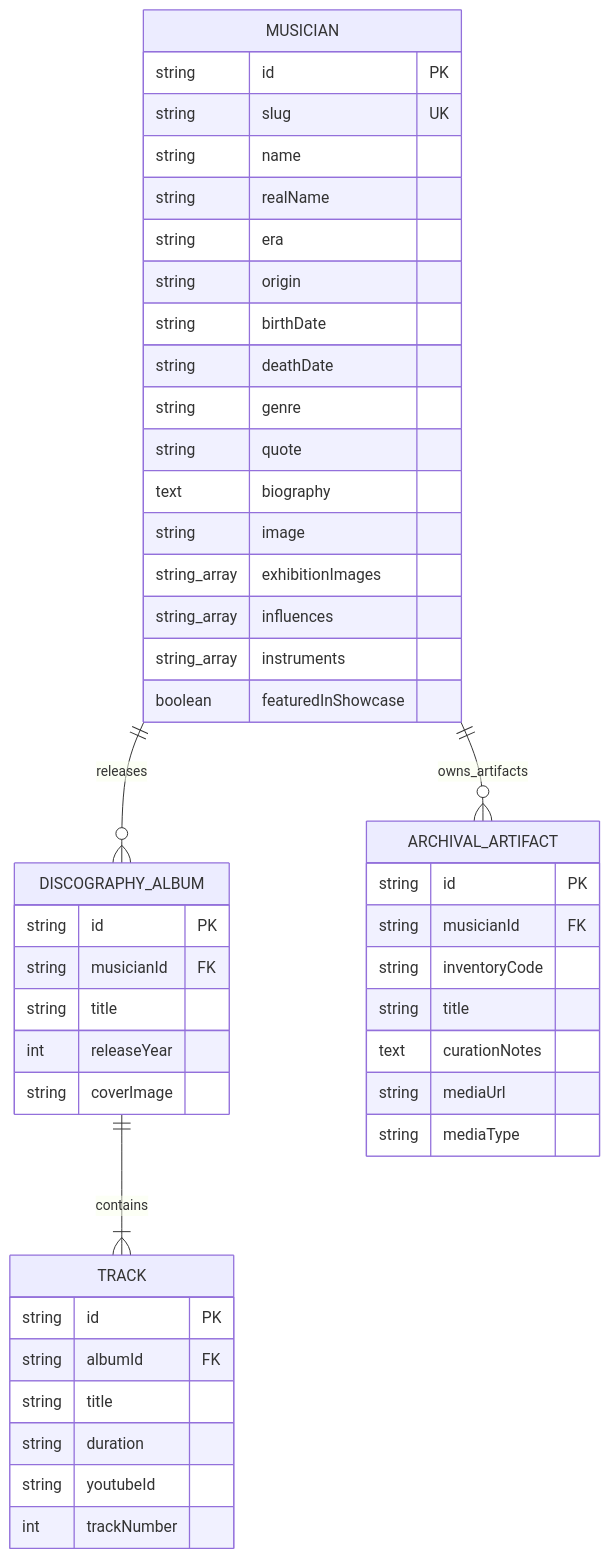
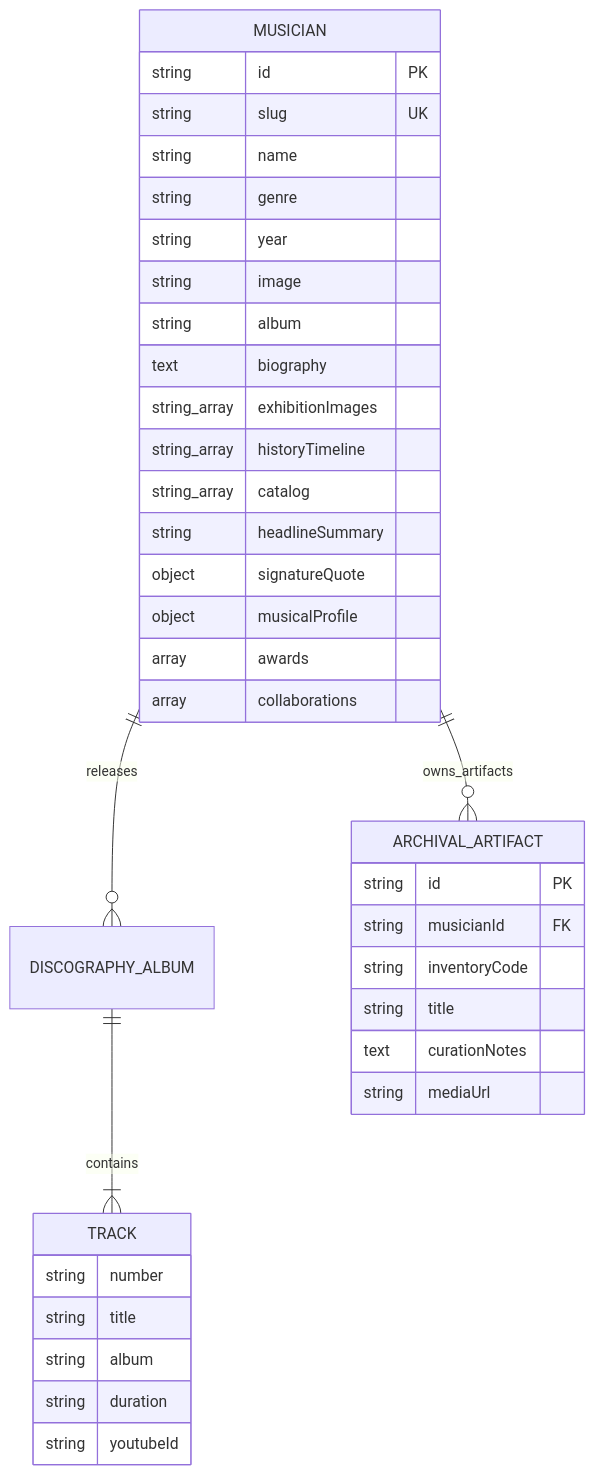
Before and after one commit to alouvre/exhibition_malang: the diagram in docs/BACKEND_DATA_MODEL.md, drawn with Mermaid. The commit also changed other lines of this file and 18 other files, not shown here.

````diff
--- a/docs/BACKEND_DATA_MODEL.md
+++ b/docs/BACKEND_DATA_MODEL.md
@@ -15,52 +15,42 @@
 ```mermaid
 erDiagram
     MUSICIAN ||--o{ DISCOGRAPHY_ALBUM : releases
     MUSICIAN ||--o{ ARCHIVAL_ARTIFACT : owns_artifacts
     DISCOGRAPHY_ALBUM ||--|{ TRACK : contains
 
     MUSICIAN {
         string id PK
         string slug UK
         string name
-        string realName
-        string era
-        string origin
-        string birthDate
-        string deathDate
         string genre
-        string quote
+        string year
+        string image
+        string album
         text biography
-        string image
         string_array exhibitionImages
-        string_array influences
-        string_array instruments
-        boolean featuredInShowcase
-    }
-
-    DISCOGRAPHY_ALBUM {
-        string id PK
-        string musicianId FK
-        string title
-        int releaseYear
-        string coverImage
+        string_array historyTimeline
+        string_array catalog
+        string headlineSummary
+        object signatureQuote
+        object musicalProfile
+        array awards
+        array collaborations
     }
 
     TRACK {
-        string id PK
-        string albumId FK
+        string number
         string title
+        string album
         string duration
         string youtubeId
-        int trackNumber
     }
 
     ARCHIVAL_ARTIFACT {
         string id PK
         string musicianId FK
         string inventoryCode
         string title
         text curationNotes
         string mediaUrl
-        string mediaType
     }
 ```
````
